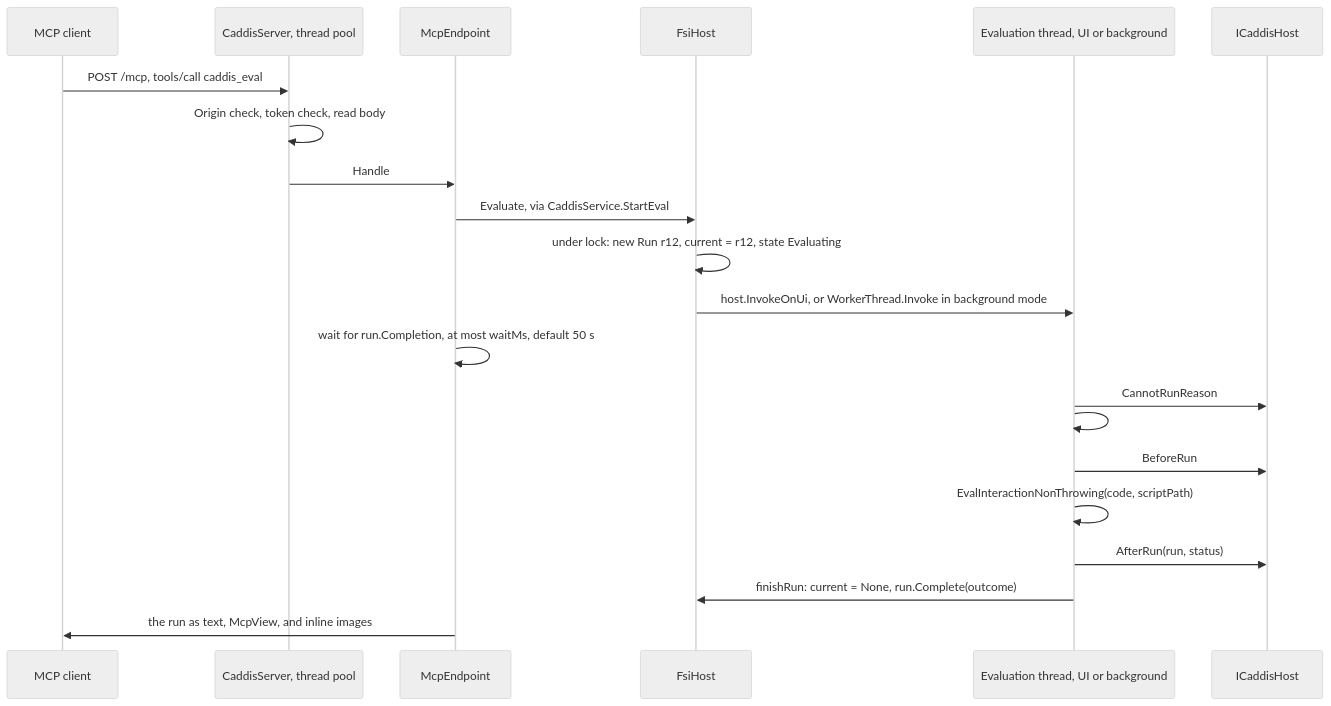
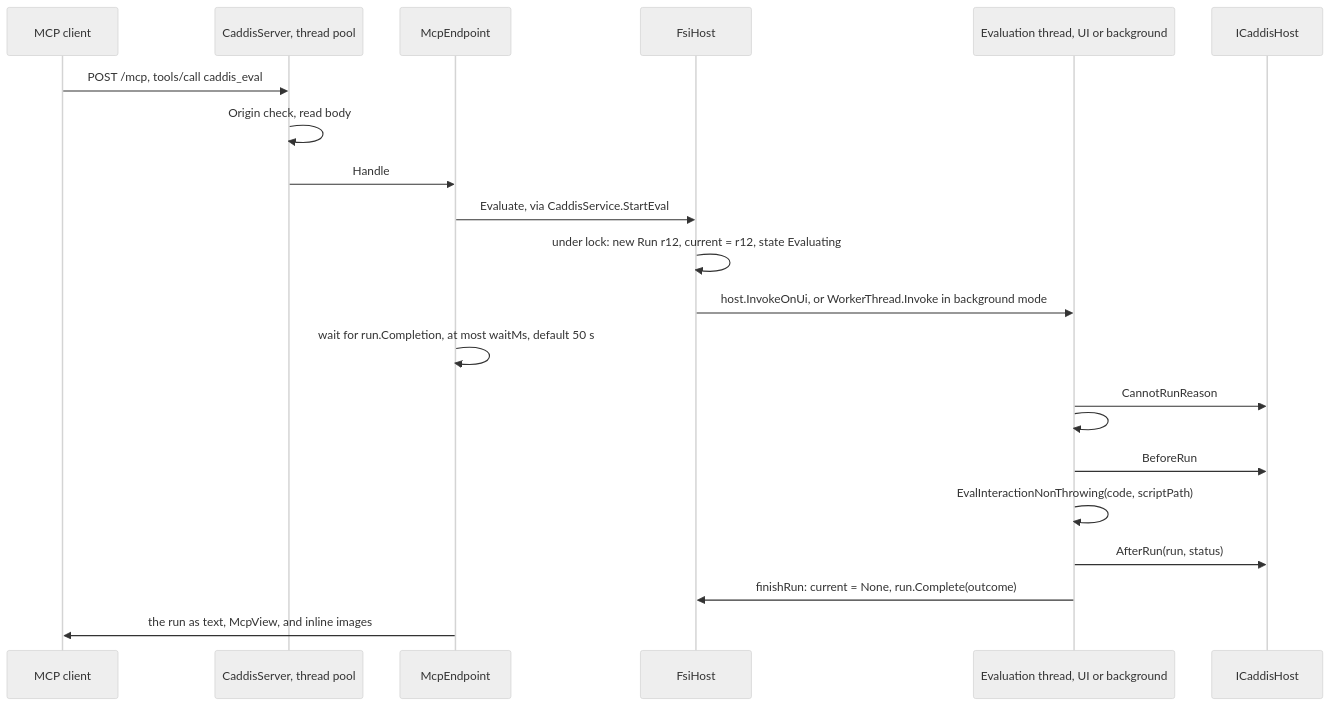
One commit to goswinr/Caddis changed the third of 3 diagrams in Architecture.md. Above: the diagram before and after it, drawn with Mermaid (neutral theme). The commit also changed other lines of this file and 25 other files, not shown here.

````diff
--- a/Architecture.md
+++ b/Architecture.md
@@ -403,23 +403,23 @@
 ```mermaid
 sequenceDiagram
     participant C as MCP client
     participant S as CaddisServer, thread pool
     participant M as McpEndpoint
     participant F as FsiHost
     participant T as Evaluation thread, UI or background
     participant H as ICaddisHost
     C->>S: POST /mcp, tools/call caddis_eval
-    S->>S: Origin check, token check, read body
+    S->>S: Origin check, read body
     S->>M: Handle
     M->>F: Evaluate, via CaddisService.StartEval
     F->>F: under lock: new Run r12, current = r12, state Evaluating
     F->>T: host.InvokeOnUi, or WorkerThread.Invoke in background mode
     M->>M: wait for run.Completion, at most waitMs, default 50 s
     T->>H: CannotRunReason
     T->>T: #I the script's folder, redirect Console.Out and Console.Error
     T->>H: BeforeRun
     T->>T: EvalInteractionNonThrowing(code, scriptPath)
     T->>H: AfterRun(run, status)
     T->>F: finishRun: current = None, run.Complete(outcome)
     M->>C: the run as text, McpView, and inline images
 ```
````
